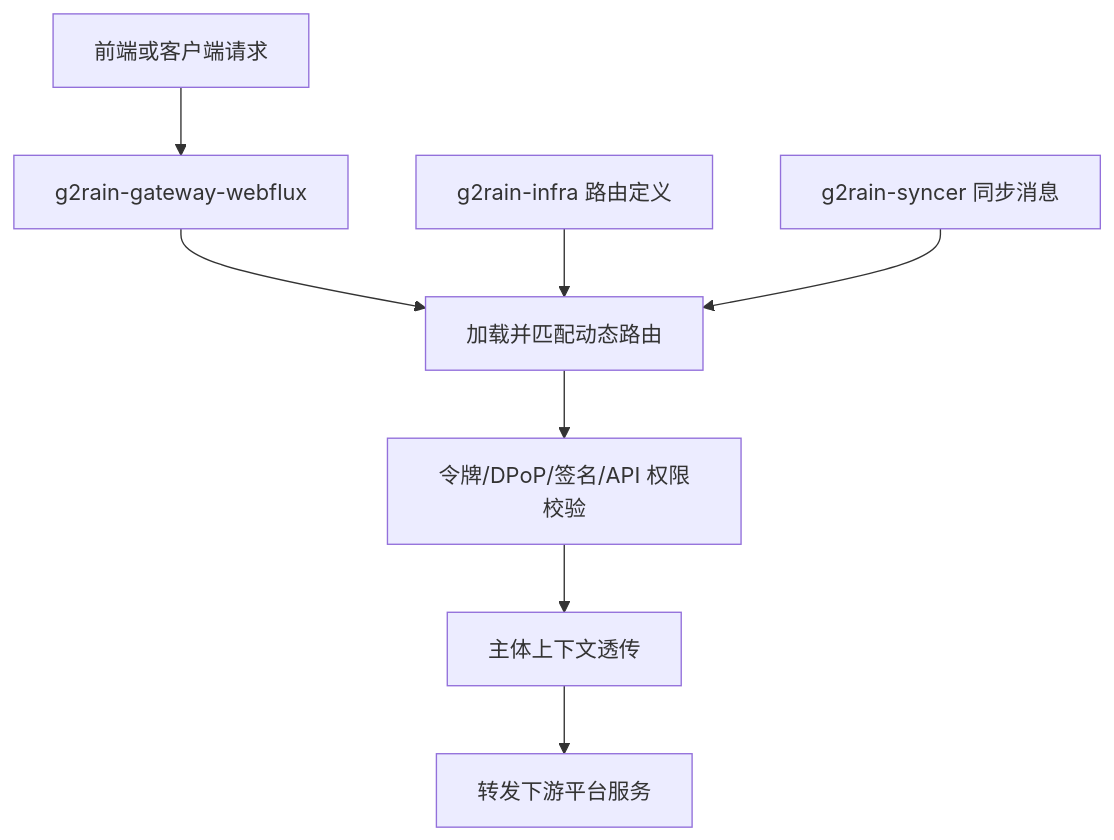
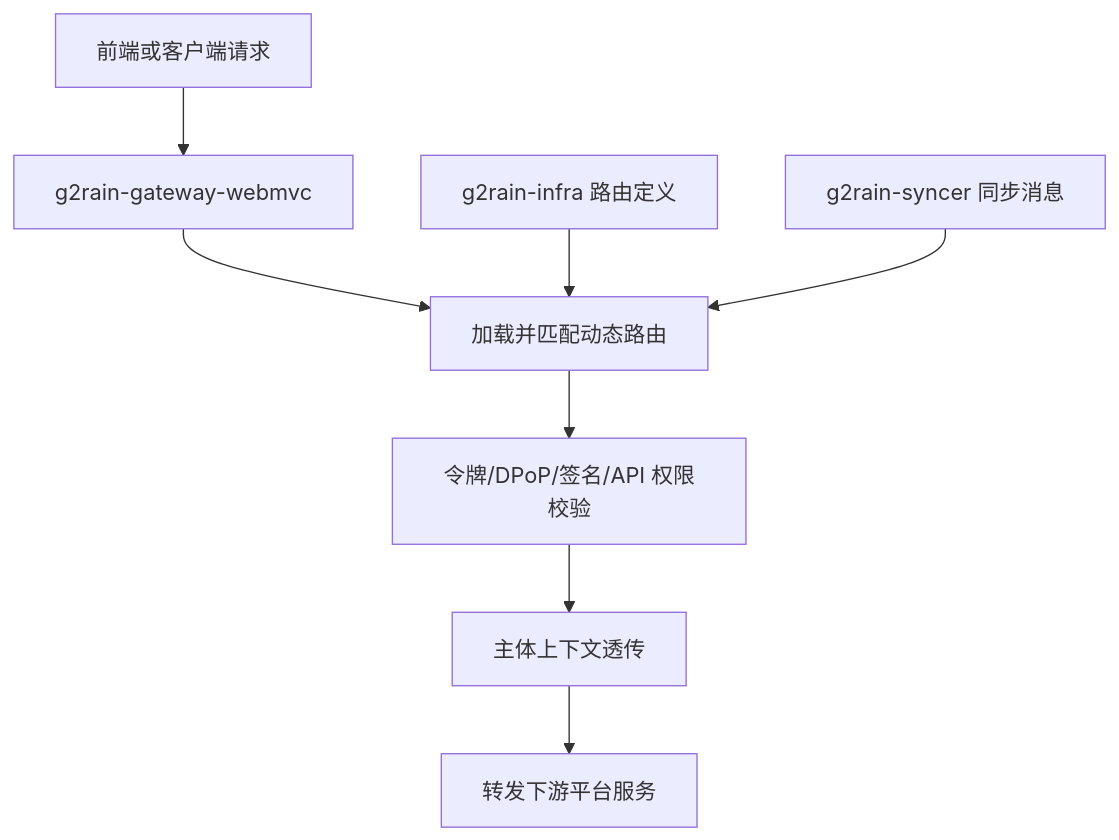
The diagram in README.md (g2rain/g2rain-gateway-webmvc), drawn with Mermaid before and after one commit. The commit also changed other lines of this file and 25 other files, not shown here.

````diff
--- a/README.md
+++ b/README.md
@@ -101,10 +104,10 @@
 ```mermaid
 flowchart TD
-  A[前端或客户端请求] --> B[g2rain-gateway-webflux]
+  A[前端或客户端请求] --> B[g2rain-gateway-webmvc]
   B --> C[加载并匹配动态路由]
   C --> D[令牌/DPoP/签名/API 权限校验]
   D --> E[主体上下文透传]
   E --> F[转发下游平台服务]
   G[g2rain-infra 路由定义] --> C
   H[g2rain-syncer 同步消息] --> C
 ```
````
